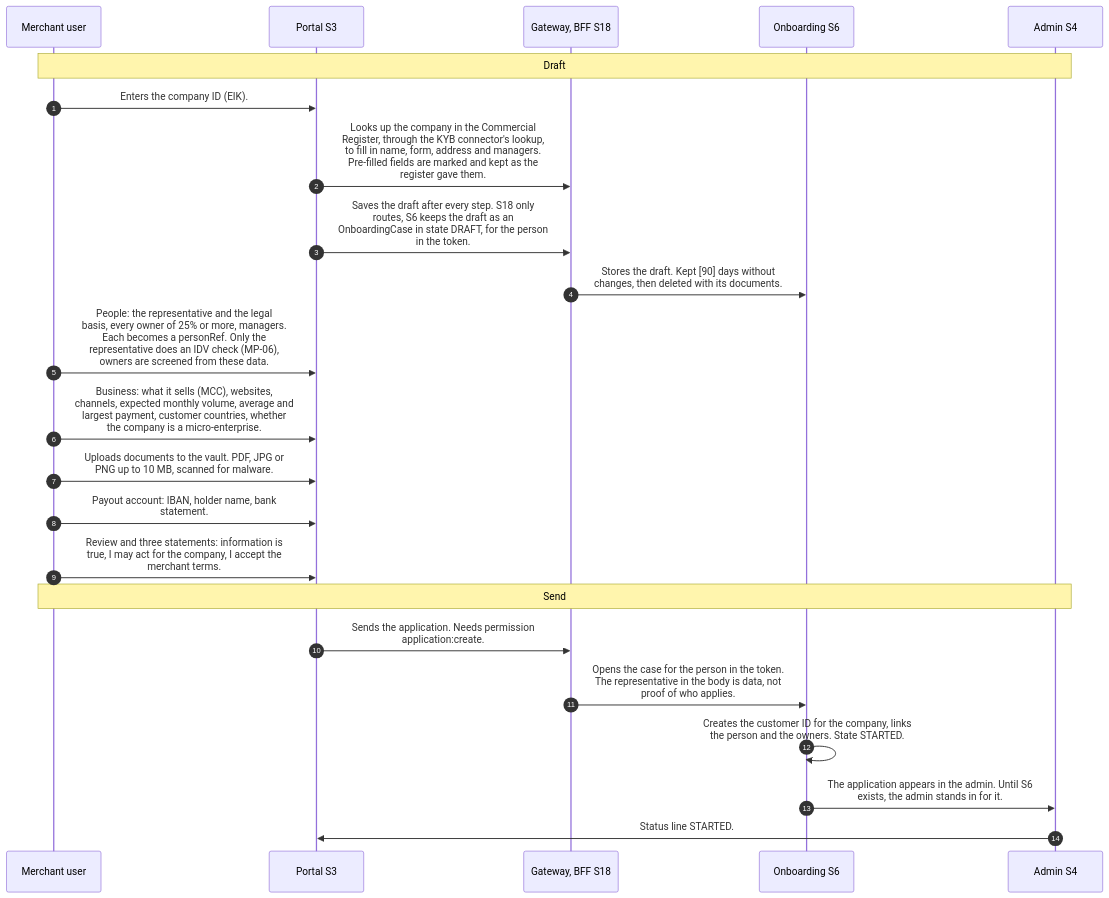
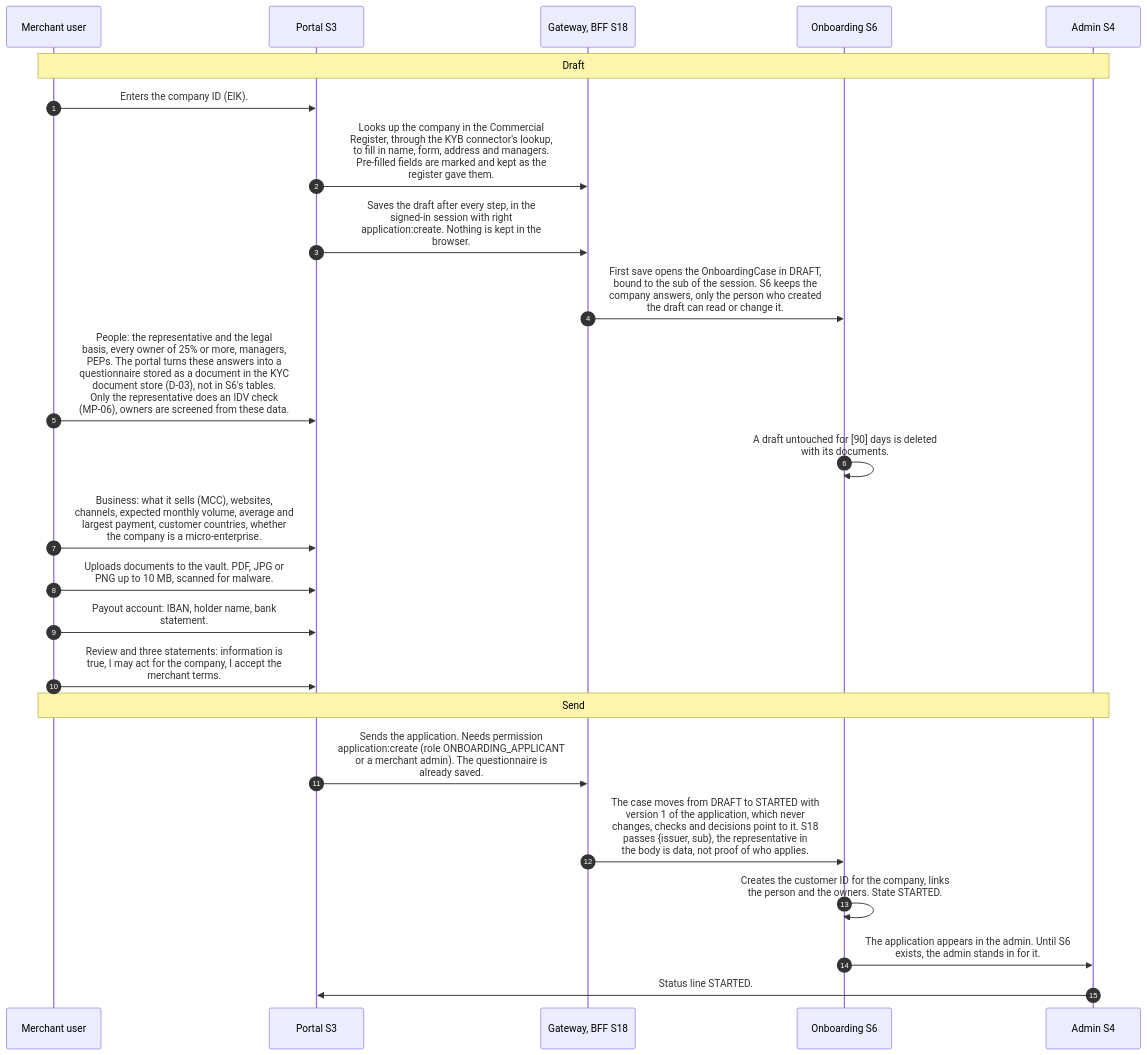
One commit to paytinno/merchant-portal-workflows changed the first of 2 diagrams in docs/workflows/MP-05-fill-in-and-send-the-application.md. Above: the diagram before and after it, drawn with Mermaid. The commit also changed other lines of this file and 47 other files, not shown here.

First line of the commit message:
Rewrite against CTO architecture v8.7 (spec v0.2)

````diff
--- a/docs/workflows/MP-05-fill-in-and-send-the-application.md
+++ b/docs/workflows/MP-05-fill-in-and-send-the-application.md
@@ -22,25 +22,26 @@
 ```mermaid
 sequenceDiagram
   autonumber
   participant MER as Merchant user
   participant S3 as Portal S3
   participant S18 as Gateway, BFF S18
   participant S6 as Onboarding S6
   participant S4 as Admin S4
   Note over MER,S4: Draft
   MER->>S3: Enters the company ID (EIK).
   S3->>S18: Looks up the company in the Commercial<br/>Register, through the KYB connector's lookup,<br/>to fill in name, form, address and managers.<br/>Pre-filled fields are marked and kept as the<br/>register gave them.
-  S3->>S18: Saves the draft after every step. S18 only<br/>routes, S6 keeps the draft as an<br/>OnboardingCase in state DRAFT, for the person<br/>in the token.
-  S18->>S6: Stores the draft. Kept [90] days without<br/>changes, then deleted with its documents.
-  MER->>S3: People: the representative and the legal<br/>basis, every owner of 25% or more, managers.<br/>Each becomes a personRef. Only the<br/>representative does an IDV check (MP-06),<br/>owners are screened from these data.
+  S3->>S18: Saves the draft after every step, in the<br/>signed-in session with right<br/>application:create. Nothing is kept in the<br/>browser.
+  S18->>S6: First save opens the OnboardingCase in DRAFT,<br/>bound to the sub of the session. S6 keeps the<br/>company answers, only the person who created<br/>the draft can read or change it.
+  MER->>S3: People: the representative and the legal<br/>basis, every owner of 25% or more, managers,<br/>PEPs. The portal turns these answers into a<br/>questionnaire stored as a document in the KYC<br/>document store (D-03), not in S6's tables.<br/>Only the representative does an IDV check<br/>(MP-06), owners are screened from these data.
+  S6->>S6: A draft untouched for [90] days is deleted<br/>with its documents.
   MER->>S3: Business: what it sells (MCC), websites,<br/>channels, expected monthly volume, average and<br/>largest payment, customer countries, whether<br/>the company is a micro-enterprise.
   MER->>S3: Uploads documents to the vault. PDF, JPG or<br/>PNG up to 10 MB, scanned for malware.
   MER->>S3: Payout account: IBAN, holder name, bank<br/>statement.
   MER->>S3: Review and three statements: information is<br/>true, I may act for the company, I accept the<br/>merchant terms.
   Note over MER,S4: Send
-  S3->>S18: Sends the application. Needs permission<br/>application:create.
-  S18->>S6: Opens the case for the person in the token.<br/>The representative in the body is data, not<br/>proof of who applies.
+  S3->>S18: Sends the application. Needs permission<br/>application:create (role ONBOARDING_APPLICANT<br/>or a merchant admin). The questionnaire is<br/>already saved.
+  S18->>S6: The case moves from DRAFT to STARTED with<br/>version 1 of the application, which never<br/>changes, checks and decisions point to it. S18<br/>passes {issuer, sub}, the representative in<br/>the body is data, not proof of who applies.
   S6->>S6: Creates the customer ID for the company, links<br/>the person and the owners. State STARTED.
   S6->>S4: The application appears in the admin. Until S6<br/>exists, the admin stands in for it.
   S4->>S3: Status line STARTED.
 ```
````
